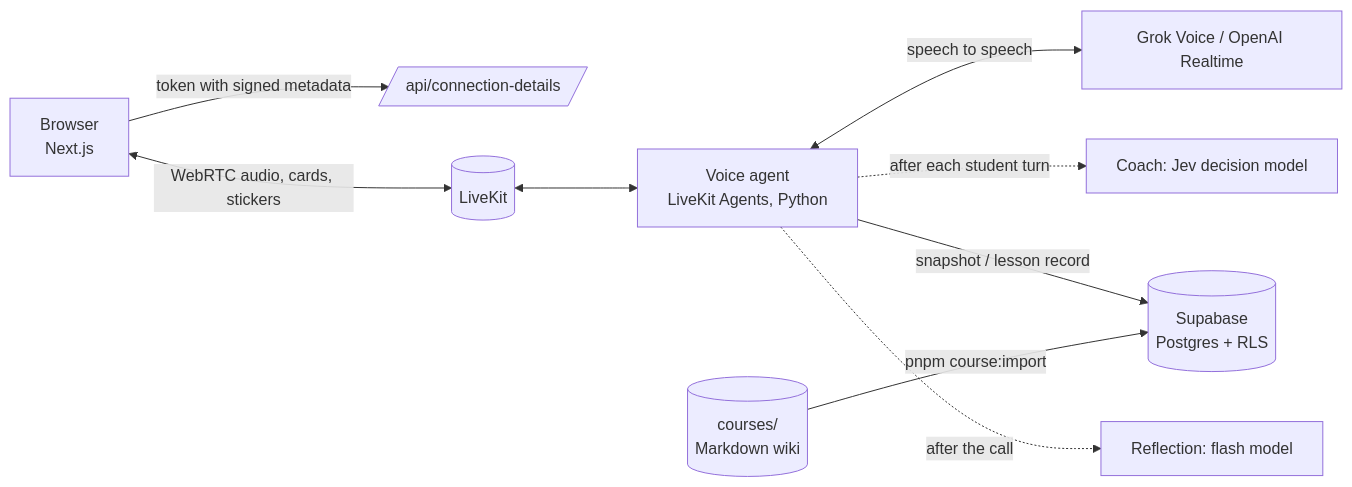
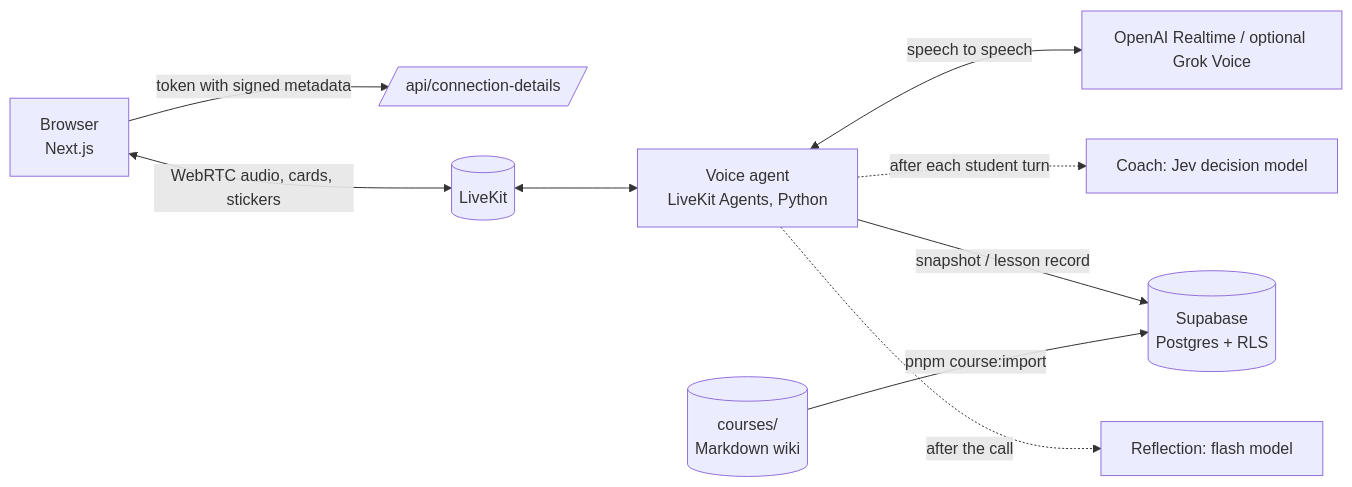
Before and after one commit to Noxr3/Speakwow: the diagram in README.md, drawn with Mermaid. The commit also changed other lines of this file and 10 other files, not shown here.

Commit message:
Use OpenAI Realtime by default with contextual vocal delivery

````diff
--- a/README.md
+++ b/README.md
@@ -48,11 +48,11 @@
 ```mermaid
 flowchart LR
   B[Browser<br/>Next.js] -- token with signed metadata --> W[/api/connection-details/]
   B <-- WebRTC audio, cards, stickers --> L[(LiveKit)]
   L <--> A[Voice agent<br/>LiveKit Agents, Python]
-  A <-- speech to speech --> M[Grok Voice / OpenAI Realtime]
+  A <-- speech to speech --> M[OpenAI Realtime / optional Grok Voice]
   A -. after each student turn .-> C[Coach: Jev decision model]
   A -- snapshot / lesson record --> S[(Supabase<br/>Postgres + RLS)]
   A -. after the call .-> R[Reflection: flash model]
   D[(courses/<br/>Markdown wiki)] -- pnpm course:import --> S
 ```
````
